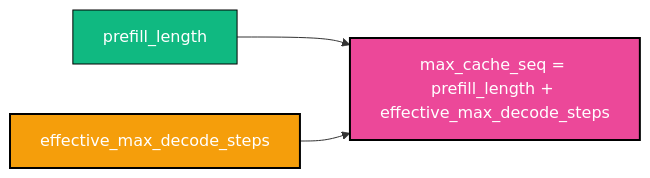
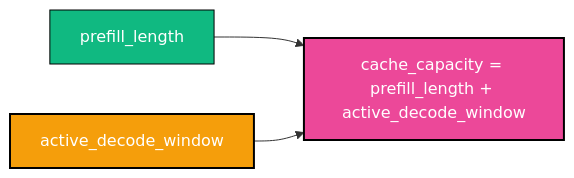
One commit to De-Par/voxcmp2-onnx-cpu changed the fourth of 4 diagrams in docs/architecture.md. Above: the diagram before and after it, drawn with Mermaid. The commit also changed other lines of this file and 7 other files, not shown here.

````diff
--- a/docs/architecture.md
+++ b/docs/architecture.md
@@ -192,9 +195,9 @@
 ```mermaid
 flowchart LR
-    A["prefill_length"] --> C["max_cache_seq = prefill_length + effective_max_decode_steps"]
-    B["effective_max_decode_steps"] --> C
+    A["prefill_length"] --> C["cache_capacity = prefill_length + active_decode_window"]
+    B["active_decode_window"] --> C
 
     style A fill:#10B981,stroke:#000000,stroke-width:,color:#ffffff
     style B fill:#F59E0B,stroke:#000000,stroke-width:2px,color:#ffffff
     style C fill:#EC4899,stroke:#000000,stroke-width:2px,color:#ffffff
 ```
````
